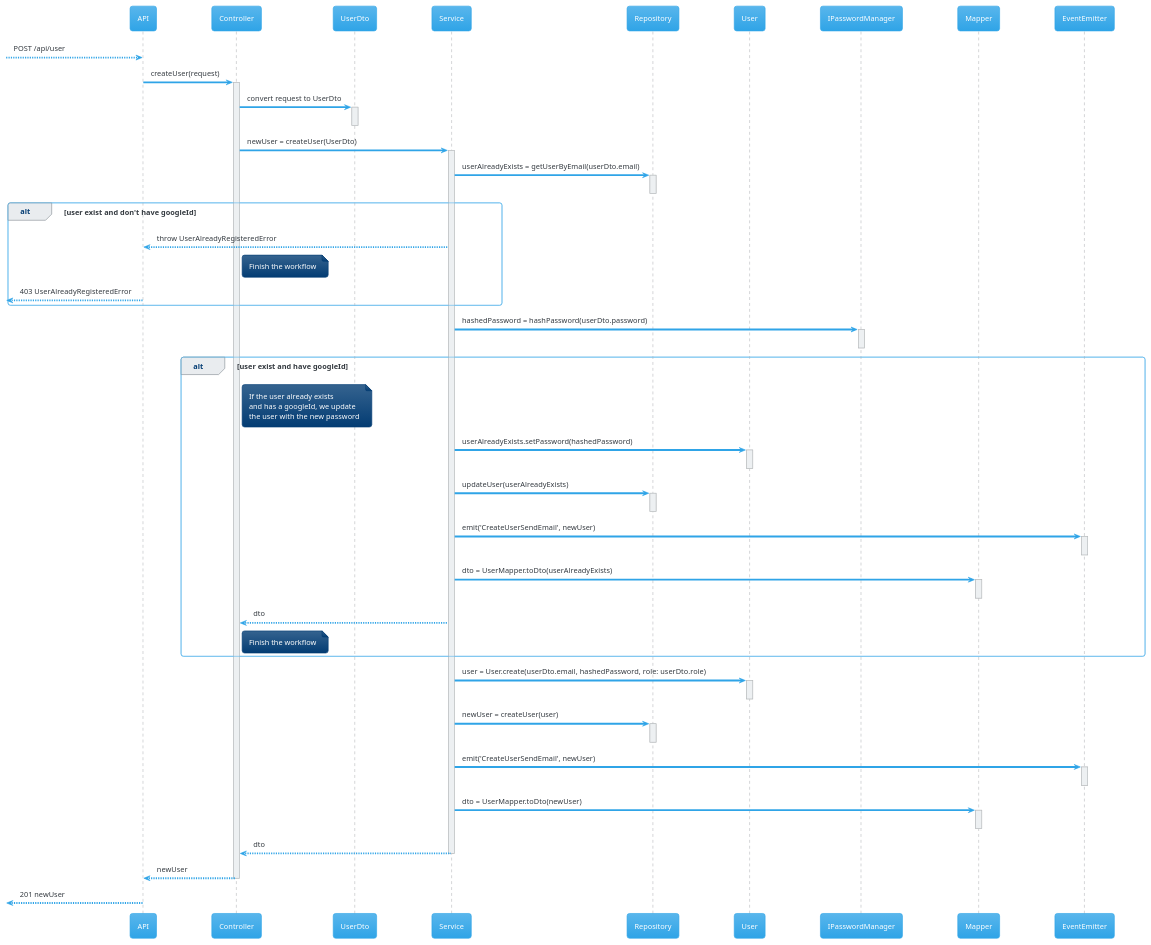
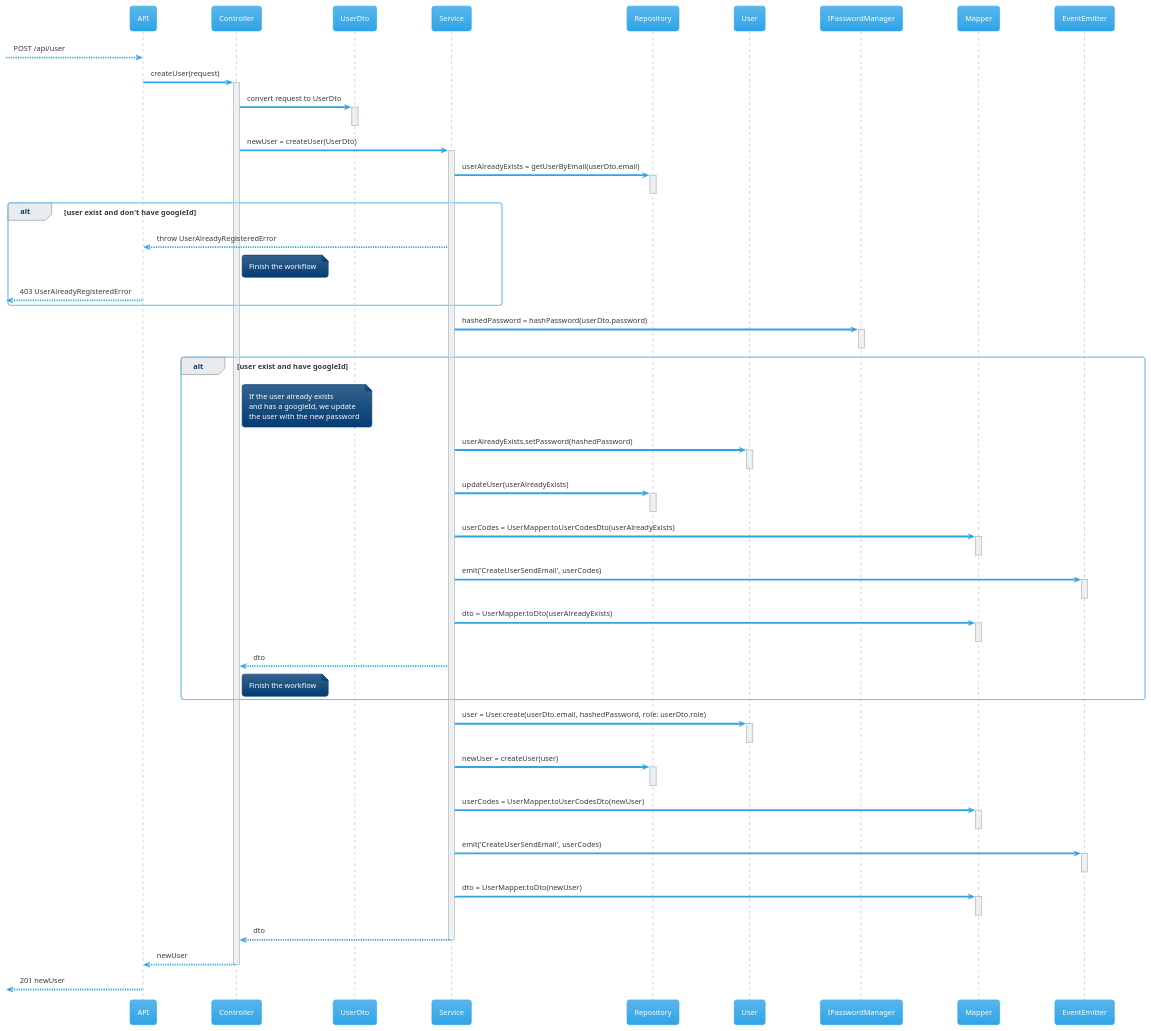
The diagram in docs/authentication/signup/signup.sd.puml (ArturBrito/auth), drawn with PlantUML before and after one commit. The commit also changed 5 other files, not shown here.

```diff
--- a/docs/authentication/signup/signup.sd.puml
+++ b/docs/authentication/signup/signup.sd.puml
@@ -1,80 +1,86 @@
 @startuml
 !theme cerulean
 participant "API" as API
 participant "Controller" as Ctrl
 participant "UserDto" as Dto
 participant "Service" as Service
 participant "Repository" as Repo
 participant "User" as User
 participant "IPasswordManager" as PassManager
 participant "Mapper" as Mapper
 participant "EventEmitter" as Emitter
 
 --> API: POST /api/user
 API -> Ctrl: createUser(request)
 activate Ctrl
 Ctrl -> Dto: convert request to UserDto
 activate Dto
 deactivate Dto
 Ctrl -> Service: newUser = createUser(UserDto)
 activate Service
 Service -> Repo: userAlreadyExists = getUserByEmail(userDto.email)
 activate Repo
 deactivate Repo
 alt user exist and don't have googleId
     Service --> API: throw UserAlreadyRegisteredError
     note right of Ctrl
         Finish the workflow
     end note
     <-- API: 403 UserAlreadyRegisteredError
 end
 Service -> PassManager: hashedPassword = hashPassword(userDto.password)
 activate PassManager
 deactivate PassManager
 
 alt user exist and have googleId
     note right of Ctrl
         If the user already exists
         and has a googleId, we update
         the user with the new password
     end note
 
     Service -> User: userAlreadyExists.setPassword(hashedPassword)
     activate User
     deactivate User
     Service -> Repo: updateUser(userAlreadyExists)
     activate Repo
     deactivate Repo
-    Service -> Emitter: emit('CreateUserSendEmail', newUser)
+    Service -> Mapper: userCodes = UserMapper.toUserCodesDto(userAlreadyExists)
+    activate Mapper
+    deactivate Mapper
+    Service -> Emitter: emit('CreateUserSendEmail', userCodes)
     activate Emitter
     deactivate Emitter
     Service -> Mapper: dto = UserMapper.toDto(userAlreadyExists)
     activate Mapper
     deactivate Mapper
     Service --> Ctrl: dto
     note right of Ctrl
         Finish the workflow
     end note
 end
 
 Service -> User: user = User.create(userDto.email, hashedPassword, role: userDto.role)
 activate User
 deactivate User
 Service -> Repo: newUser = createUser(user)
 activate Repo
 deactivate Repo
-Service -> Emitter: emit('CreateUserSendEmail', newUser)
+Service -> Mapper: userCodes = UserMapper.toUserCodesDto(newUser)
+activate Mapper
+deactivate Mapper
+Service -> Emitter: emit('CreateUserSendEmail', userCodes)
 activate Emitter
 deactivate Emitter
 Service -> Mapper: dto = UserMapper.toDto(newUser)
 activate Mapper
 deactivate Mapper
 Service --> Ctrl: dto
 deactivate Service
 Ctrl --> API: newUser
 deactivate Ctrl
 <-- API : 201 newUser
 
 
 
 @enduml
```
